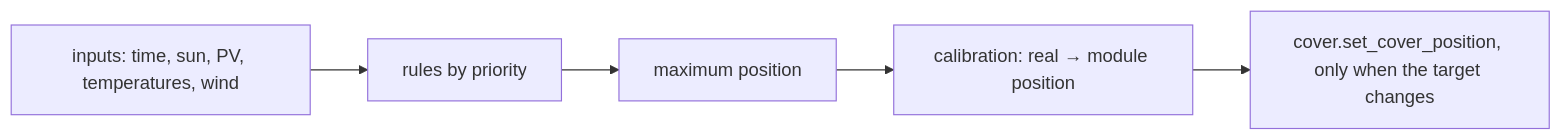
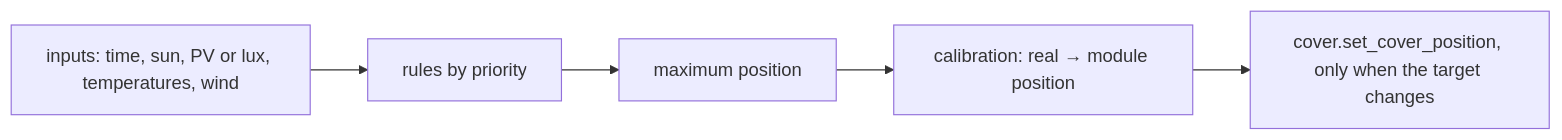
Before and after one commit to abroeders/smart-shutter-control: the first of 2 diagrams in docs/how-it-works.md, drawn with Mermaid. The commit also changed 8 other files, not shown here.

````diff
--- a/docs/how-it-works.md
+++ b/docs/how-it-works.md
@@ -28,7 +28,7 @@
 ```mermaid
 flowchart LR
-  I["inputs: time, sun, PV, temperatures, wind"] --> R["rules by priority"]
+  I["inputs: time, sun, PV or lux, temperatures, wind"] --> R["rules by priority"]
   R --> L["maximum position"]
   L --> C["calibration: real → module position"]
   C --> M["cover.set_cover_position, only when the target changes"]
 ```
````
